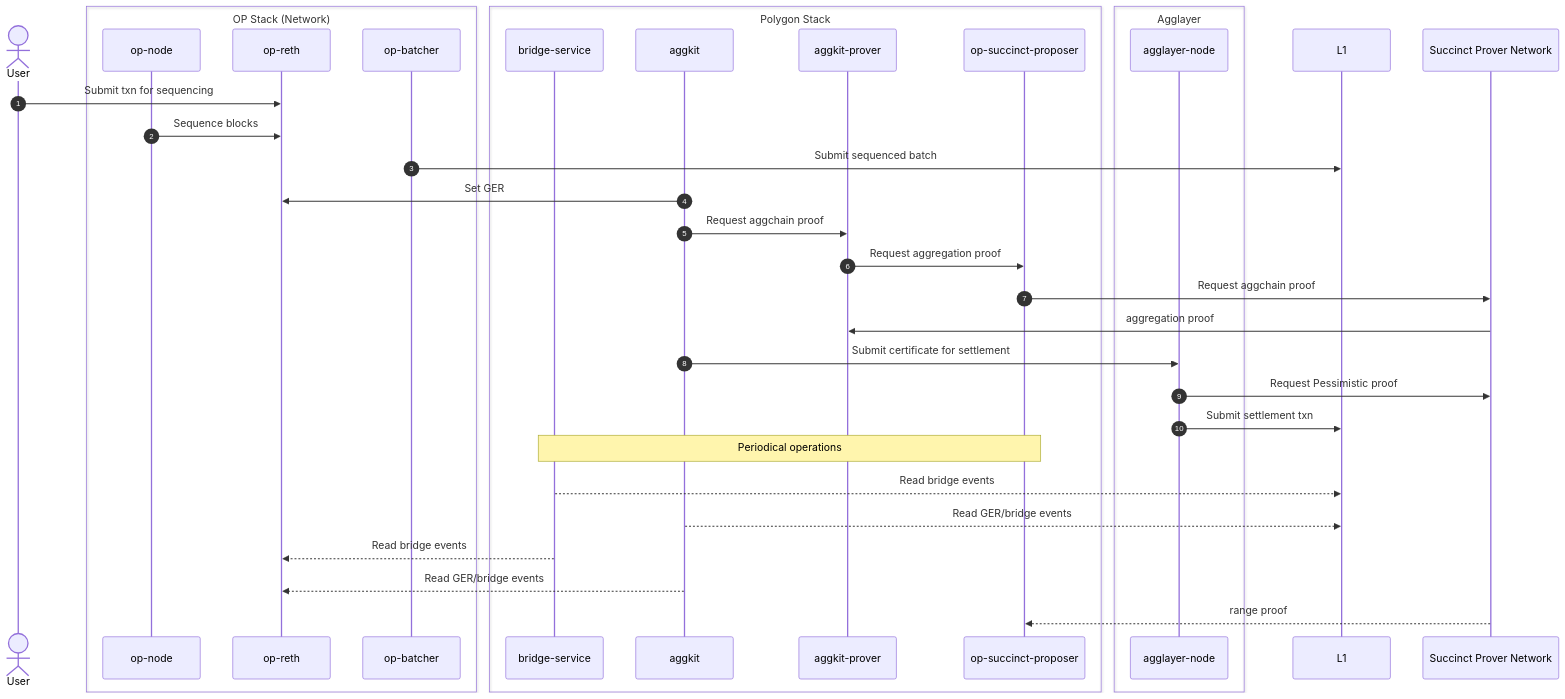
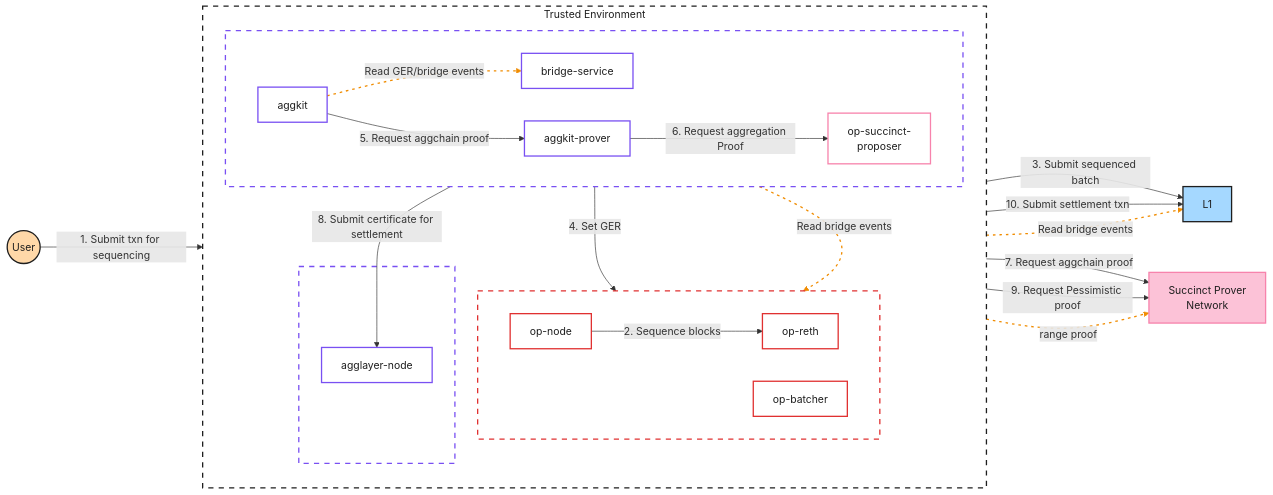
One commit to 0xPolygon/cdk-op-reth changed the second of 2 diagrams in README.md. Above: the diagram before and after it, drawn with Mermaid. The commit also changed other lines of this file and 4 other files, not shown here.

First line of the commit message:
docs: swap README architecture diagrams for refined mermaid flowcharts

````diff
--- a/README.md
+++ b/README.md
@@ -65,43 +100,75 @@
 ```mermaid
-sequenceDiagram
-    autonumber
-    actor User
-    box OP Stack (Network)
-        participant opnode as op-node
-        participant opreth as op-reth
-        participant opbatcher as op-batcher
+flowchart LR
+    %% External actors
+    User((User))
+    L1[L1]
+    SPN[Succinct Prover<br/>Network]
+
+    %% Trusted Environment boundary
+    subgraph TE["Trusted Environment"]
+        direction TB
+
+        subgraph OPSTACK[" "]
+            direction LR
+            opnode[op-node]
+            opreth[op-reth]
+            opbatcher[op-batcher]
+        end
+
+        subgraph AGGSTACK[" "]
+            direction LR
+            bridgeservice[bridge-service]
+            aggkit[aggkit]
+            aggkitprover[aggkit-prover]
+            opsuccinct[op-succinct-<br/>proposer]
+        end
+
+        subgraph AGGNODE[" "]
+            agglayernode[agglayer-node]
+        end
     end
-    box Polygon Stack
-        participant bridge as bridge-service
-        participant aggkit
-        participant aggprover as aggkit-prover
-        participant proposer as op-succinct-proposer
-    end
-    box Agglayer
-        participant aggnode as agglayer-node
-    end
-    participant L1
-    participant SP as Succinct Prover Network
 
-    User->>opreth: Submit txn for sequencing
-    opnode->>opreth: Sequence blocks
-    opbatcher->>L1: Submit sequenced batch
-    aggkit->>opreth: Set GER
-    aggkit->>aggprover: Request aggchain proof
-    aggprover->>proposer: Request aggregation proof
-    proposer->>SP: Request aggchain proof
-    autonumber off
-    SP->>aggprover: aggregation proof
-    autonumber 8
-    aggkit->>aggnode: Submit certificate for settlement
-    aggnode->>SP: Request Pessimistic proof
-    aggnode->>L1: Submit settlement txn
+    %% ===== Main flow (solid, numbered) =====
+    User -->|"1. Submit txn for sequencing"| opreth
+    opnode -->|"2. Sequence blocks"| opreth
+    opbatcher -->|"3. Submit sequenced batch"| L1
+    aggkit -->|"4. Set GER"| opreth
+    aggkit -->|"5. Request aggchain proof"| aggkitprover
+    aggkitprover -->|"6. Request aggregation Proof"| opsuccinct
+    opsuccinct -->|"7. Request aggchain proof"| SPN
+    aggkit -->|"8. Submit certificate for settlement"| agglayernode
+    agglayernode -->|"9. Request Pessimistic proof"| SPN
+    agglayernode -->|"10. Submit settlement txn"| L1
 
-    autonumber off
-    Note over bridge,proposer: Periodical operations
-    bridge-->>L1: Read bridge events
-    aggkit-->>L1: Read GER/bridge events
-    bridge-->>opreth: Read bridge events
-    aggkit-->>opreth: Read GER/bridge events
-    SP-->>proposer: range proof
+    %% ===== Periodical operations (dashed orange) =====
+    bridgeservice -.->|"Read bridge events"| L1
+    bridgeservice -.->|"Read bridge events"| opreth
+    aggkit -.->|"Read GER/bridge events"| bridgeservice
+    opsuccinct -.->|"range proof"| SPN
+
+    %% ===== Styling =====
+    classDef opComp stroke:#e03131,stroke-width:2px,fill:#fff,color:#1e1e1e
+    classDef aggComp stroke:#7950f2,stroke-width:2px,fill:#fff,color:#1e1e1e
+    classDef succinctComp stroke:#f783ac,stroke-width:2px,fill:#fff,color:#1e1e1e
+    classDef l1Box stroke:#1e1e1e,stroke-width:2px,fill:#a5d8ff,color:#1e1e1e
+    classDef userCircle stroke:#1e1e1e,stroke-width:2px,fill:#ffd8a8,color:#1e1e1e
+    classDef spnBox stroke:#f783ac,stroke-width:2px,fill:#fcc2d7,color:#1e1e1e
+
+    class opnode,opreth,opbatcher opComp
+    class aggkit,aggkitprover,bridgeservice,agglayernode aggComp
+    class opsuccinct succinctComp
+    class L1 l1Box
+    class User userCircle
+    class SPN spnBox
+
+    style TE stroke:#1e1e1e,stroke-width:2px,stroke-dasharray: 8 8,fill:transparent,color:#1e1e1e
+    style OPSTACK stroke:#e03131,stroke-width:2px,stroke-dasharray: 8 8,fill:transparent
+    style AGGSTACK stroke:#7950f2,stroke-width:2px,stroke-dasharray: 8 8,fill:transparent
+    style AGGNODE stroke:#7950f2,stroke-width:2px,stroke-dasharray: 8 8,fill:transparent
+
+    %% Periodical links rendered in orange dashed (indices 10-13, in order added)
+    linkStyle 10 stroke:#f08c00,stroke-width:2px,stroke-dasharray: 4 6
+    linkStyle 11 stroke:#f08c00,stroke-width:2px,stroke-dasharray: 4 6
+    linkStyle 12 stroke:#f08c00,stroke-width:2px,stroke-dasharray: 4 6
+    linkStyle 13 stroke:#f08c00,stroke-width:2px,stroke-dasharray: 4 6
 ```
````
